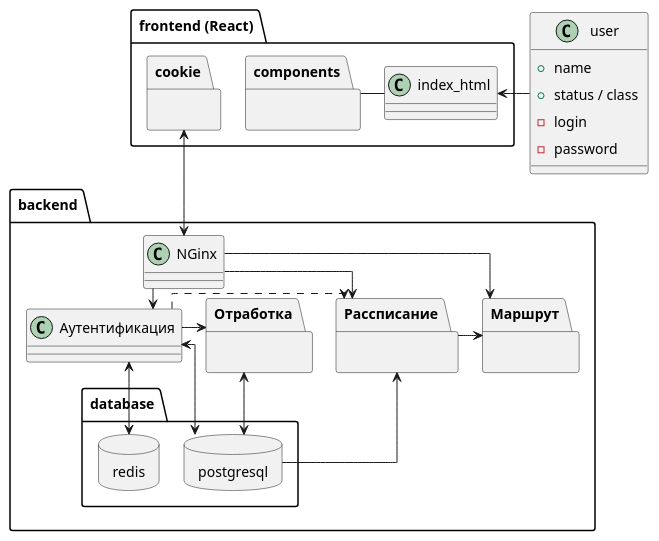
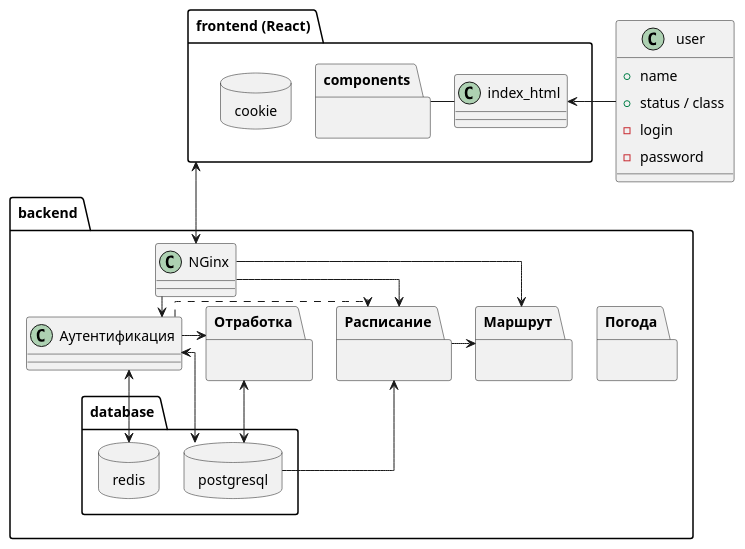
The diagram in scheme.puml (SkotnikovViktor/NNGASU_Services_Project), drawn with PlantUML before and after one commit.

```diff
--- a/scheme.puml
+++ b/scheme.puml
@@ -1,78 +1,80 @@
 @startuml
 skinparam linetype ortho
 allowmixing
 
 skinparam nodesep 24
 skinparam ranksep 10
 skinparam padding 4
 
 class user {
 + name
 + status / class
 - login
 - password
 }
 
 ' === BACKEND ===
 package backend <<Folder>> {
   class NGinx {}
 
   class "Аутентификация" as authentification {}
 
   package "Маршрут" as way {}
-  package "Рассписание" as schedule {}
+  package "Расписание" as schedule {}
   package "Отработка" as working_off {}
+  package "Погода" as weather {}
 
   package database {
     database postgresql {
     }
 
     database redis {
     }
   }
 }
 
 ' === FRONTEND ===
 package "frontend (React)" as frontend <<Folder>> {
  package components {
  }
 
- package cookie {
+ database cookie {
  }
 
  class index_html {}
 }
 
 ' === DEPENDENCIES ===
 user -left--> index_html
 
 components -right- index_html
 
 
-cookie <--> NGinx
+frontend <--> NGinx
 
 NGinx --> authentification
 NGinx --> schedule
 NGinx --> way
 
 schedule <-- postgresql
 working_off <--> postgresql
 authentification <--> postgresql
 authentification <--> redis
 
 authentification -right--> working_off
 authentification -right..> schedule
 schedule -right--> way
 
 
 ' === HIDDEN ===
 components -[hidden]left- cookie
 
 redis -[hidden]right- postgresql
 
 NGinx -[hidden]- authentification
 
 working_off -[hidden]right- schedule
+way -right[hidden]- weather
 
 ' === NOTES ===
 @enduml
```
